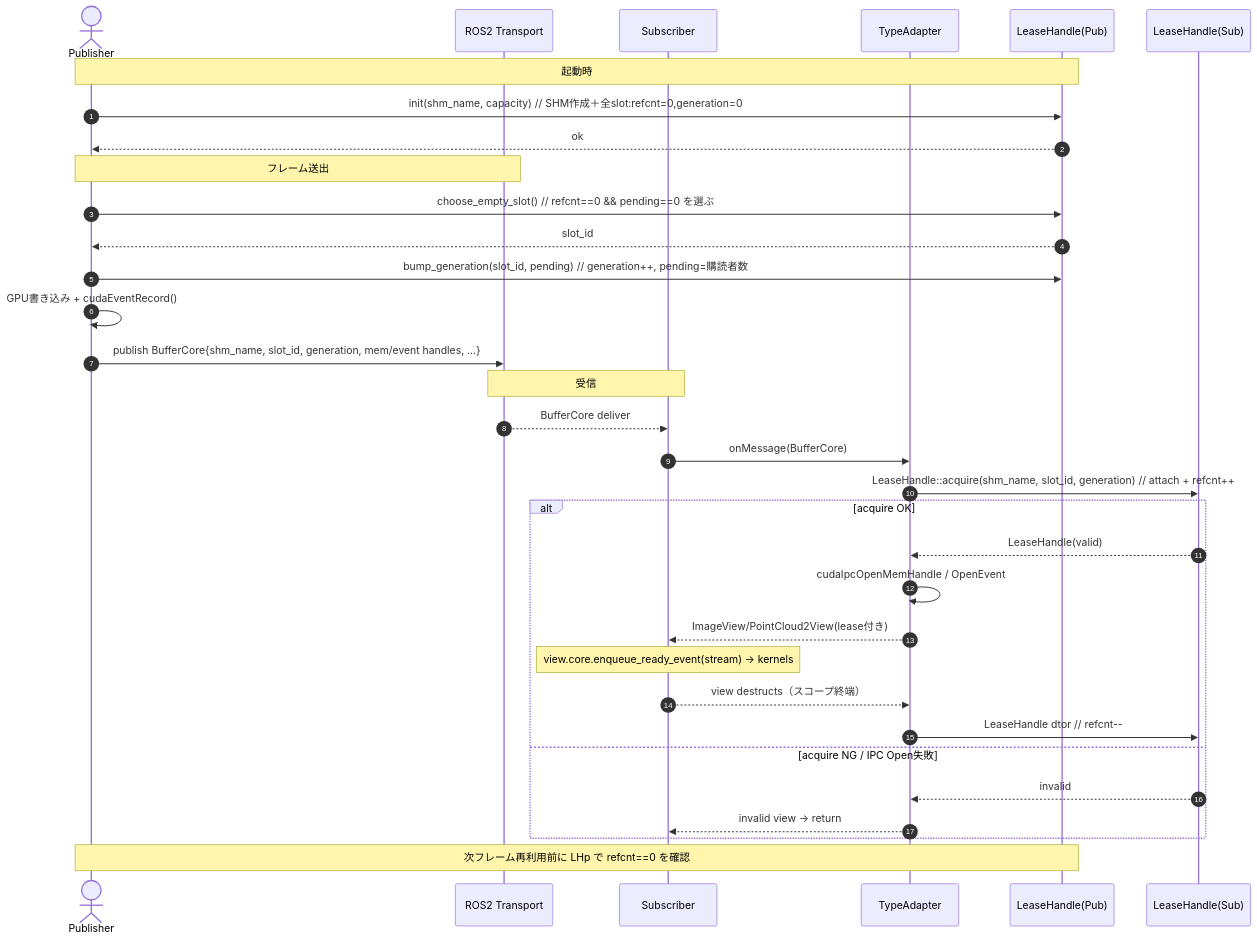
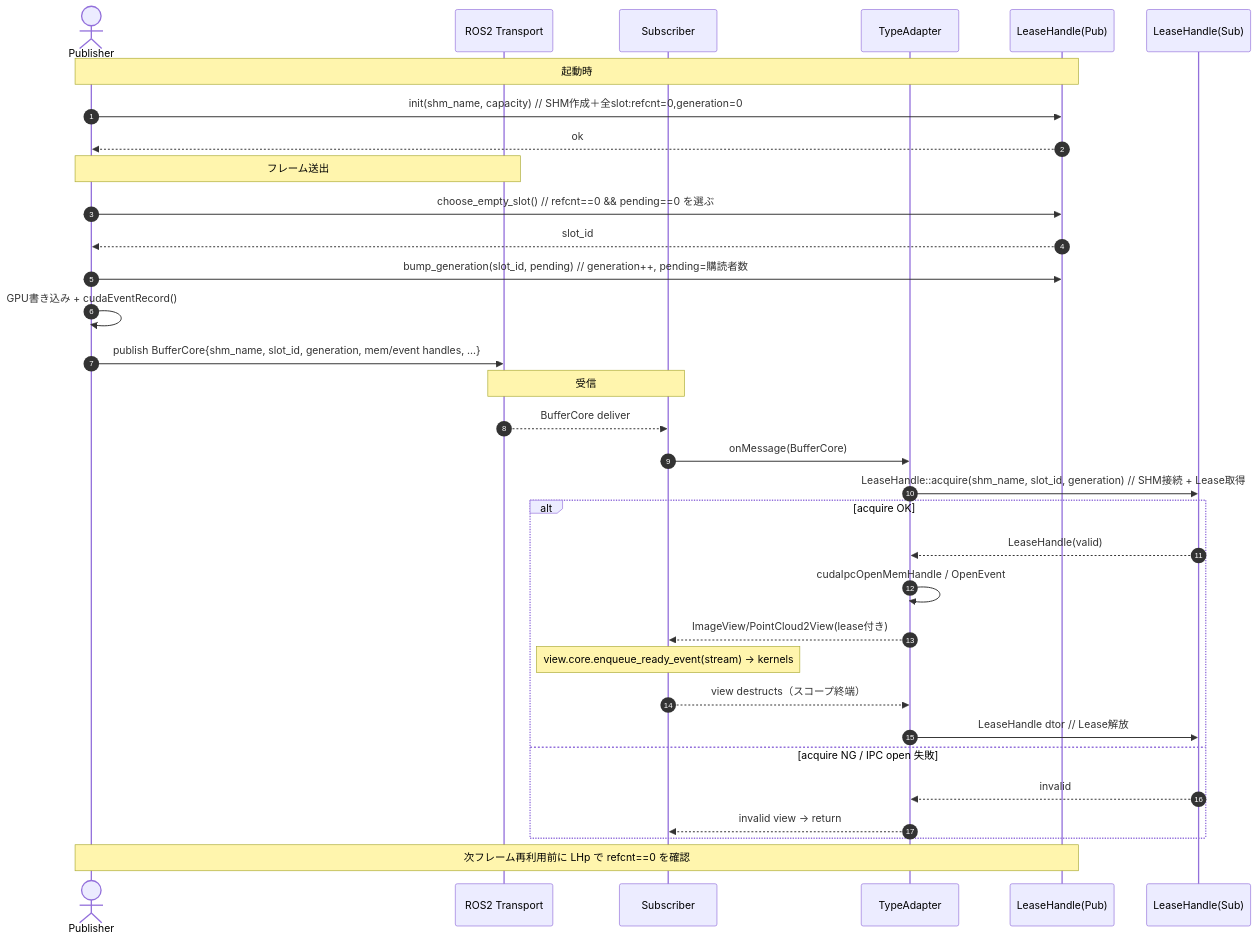
One commit to dskkato/ros2_cuda_ipc changed the second of 2 diagrams in doc/lease_handle.md. Above: the diagram before and after it, drawn with Mermaid. The commit also changed other lines of this file and 1 other file, not shown here.

First line of the commit message:
Fix formatting and wording inconsistencies in design and lease handle documentation (#55)

````diff
--- a/doc/lease_handle.md
+++ b/doc/lease_handle.md
@@ -397,40 +392,40 @@
 ```mermaid
 sequenceDiagram
   autonumber
   actor Pub as Publisher
   participant DDS as ROS2 Transport
   participant Sub as Subscriber
   participant TA as TypeAdapter
   participant LHp as LeaseHandle(Pub)
   participant LHs as LeaseHandle(Sub)
 
   Note over Pub,LHp: 起動時
   Pub->>LHp: init(shm_name, capacity)  // SHM作成＋全slot:refcnt=0,generation=0
   LHp-->>Pub: ok
 
   Note over Pub,DDS: フレーム送出
   Pub->>LHp: choose_empty_slot()  // refcnt==0 && pending==0 を選ぶ
   LHp-->>Pub: slot_id
   Pub->>LHp: bump_generation(slot_id, pending)  // generation++, pending=購読者数
   Pub->>Pub: GPU書き込み + cudaEventRecord()
   Pub->>DDS: publish BufferCore{shm_name, slot_id, generation, mem/event handles, ...}
 
   Note over DDS,Sub: 受信
   DDS-->>Sub: BufferCore deliver
 
   Sub->>TA: onMessage(BufferCore)
-  TA->>LHs: LeaseHandle::acquire(shm_name, slot_id, generation)  // attach + refcnt++
+  TA->>LHs: LeaseHandle::acquire(shm_name, slot_id, generation)  // SHM接続 + Lease取得
   alt acquire OK
     LHs-->>TA: LeaseHandle(valid)
     TA->>TA: cudaIpcOpenMemHandle / OpenEvent
     TA-->>Sub: ImageView/PointCloud2View(lease付き)
     Note over Sub: view.core.enqueue_ready_event(stream) → kernels
     Sub-->>TA: view destructs（スコープ終端）
-    TA->>LHs: LeaseHandle dtor  // refcnt--
-  else acquire NG / IPC Open失敗
+    TA->>LHs: LeaseHandle dtor  // Lease解放
+  else acquire NG / IPC open 失敗
     LHs-->>TA: invalid
     TA-->>Sub: invalid view → return
   end
 
   Note over Pub,LHp: 次フレーム再利用前に LHp で refcnt==0 を確認
 ```
````
